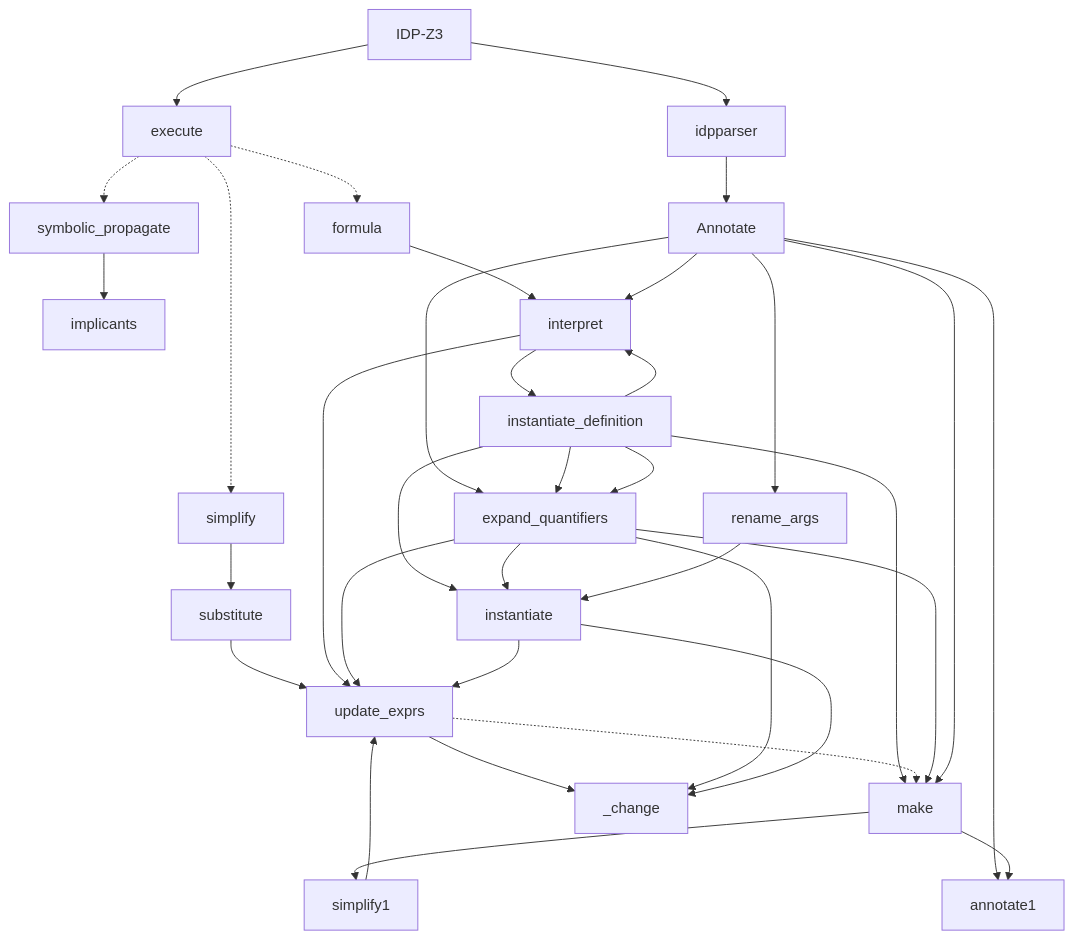
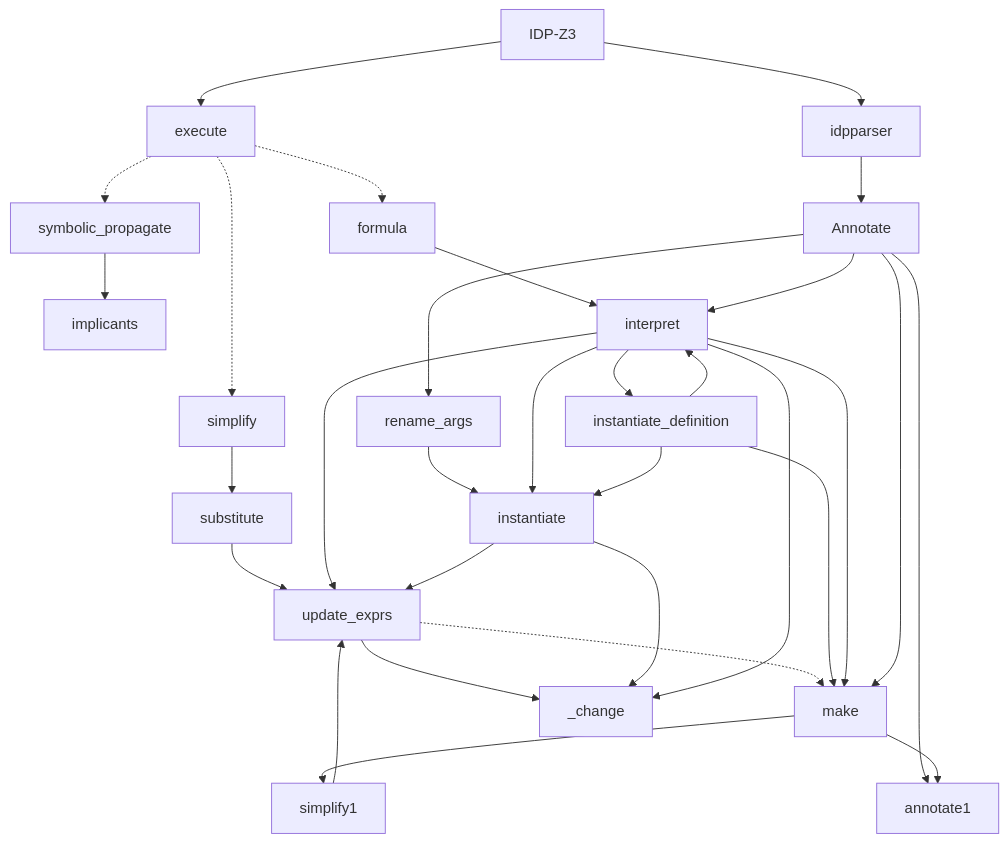
The diagram in docs/zettlr/Substitute.md (Sobhangh/IDP-Z3), drawn with Mermaid before and after one commit. The commit also changed 15 other files, not shown here.

Commit message:
refactor: expand_quantifiers() -> interpret() refactor: is_assignment -> is_assignment()

````diff
--- a/docs/zettlr/Substitute.md
+++ b/docs/zettlr/Substitute.md
@@ -11,45 +11,40 @@
 ```mermaid
 graph TD
     IDP-Z3 --> idpparser
     IDP-Z3 --> execute
 
     execute -.-> symbolic_propagate;
     symbolic_propagate --> implicants;
     execute -.-> simplify;
     simplify --> substitute;
     substitute --> update_exprs;
     execute -.-> formula
     formula --> interpret
 
     idpparser --> Annotate
-    Annotate --> expand_quantifiers;
     Annotate --> interpret;
     Annotate --> rename_args;
 
+    rename_args --> instantiate;
+    instantiate_definition --> interpret;
+    interpret --> instantiate;
     instantiate_definition --> instantiate;
-    instantiate_definition --> expand_quantifiers;
-    expand_quantifiers --> instantiate;
     interpret --> instantiate_definition
     interpret --> update_exprs;
-    expand_quantifiers --> update_exprs;
 
-
+    update_exprs -.-> make;
     instantiate_definition --> make;
     update_exprs --> _change;
-    update_exprs -.-> make;
-    expand_quantifiers --> make;
+    interpret --> make;
+    simplify1 --> update_exprs;
     make --> simplify1;
     Annotate --> annotate1;
     make --> annotate1;
 
-    expand_quantifiers --> _change;
+    instantiate --> _change;
+    interpret --> _change;
 
-    instantiate --> _change;
-		    rename_args --> instantiate;
-    instantiate_definition --> interpret;
-    instantiate_definition --> expand_quantifiers
     Annotate --> make;
-    simplify1 --> update_exprs;
     instantiate --> update_exprs;
 
 ```
````
